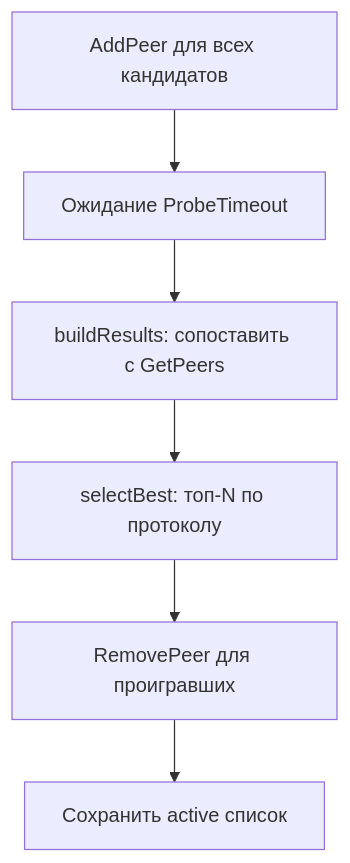
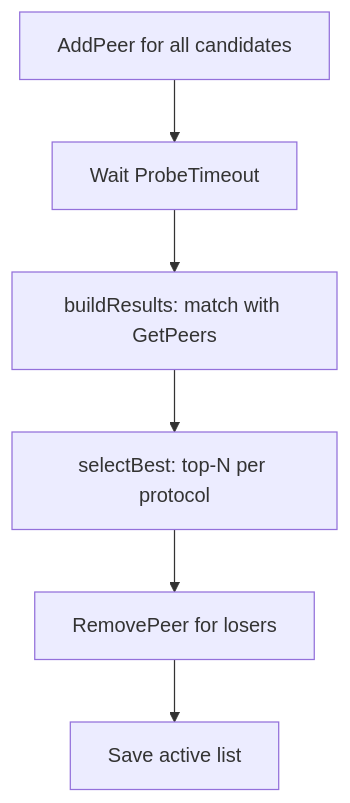
Before and after one commit to voluminor/ratatoskr: the fifth of 11 diagrams in README.md, drawn with Mermaid. The commit also changed other lines of this file and 1 other file, not shown here.

````diff
--- a/README.md
+++ b/README.md
@@ -326,8 +328,8 @@
 ```mermaid
 flowchart TD
-    ADD[AddPeer для всех кандидатов] --> WAIT[Ожидание ProbeTimeout]
-    WAIT --> BUILD[buildResults: сопоставить с GetPeers]
-    BUILD --> SELECT[selectBest: топ-N по протоколу]
-    SELECT --> REMOVE[RemovePeer для проигравших]
-    REMOVE --> STORE[Сохранить active список]
+    ADD[AddPeer for all candidates] --> WAIT[Wait ProbeTimeout]
+    WAIT --> BUILD[buildResults: match with GetPeers]
+    BUILD --> SELECT[selectBest: top-N per protocol]
+    SELECT --> REMOVE[RemovePeer for losers]
+    REMOVE --> STORE[Save active list]
 ```
````
